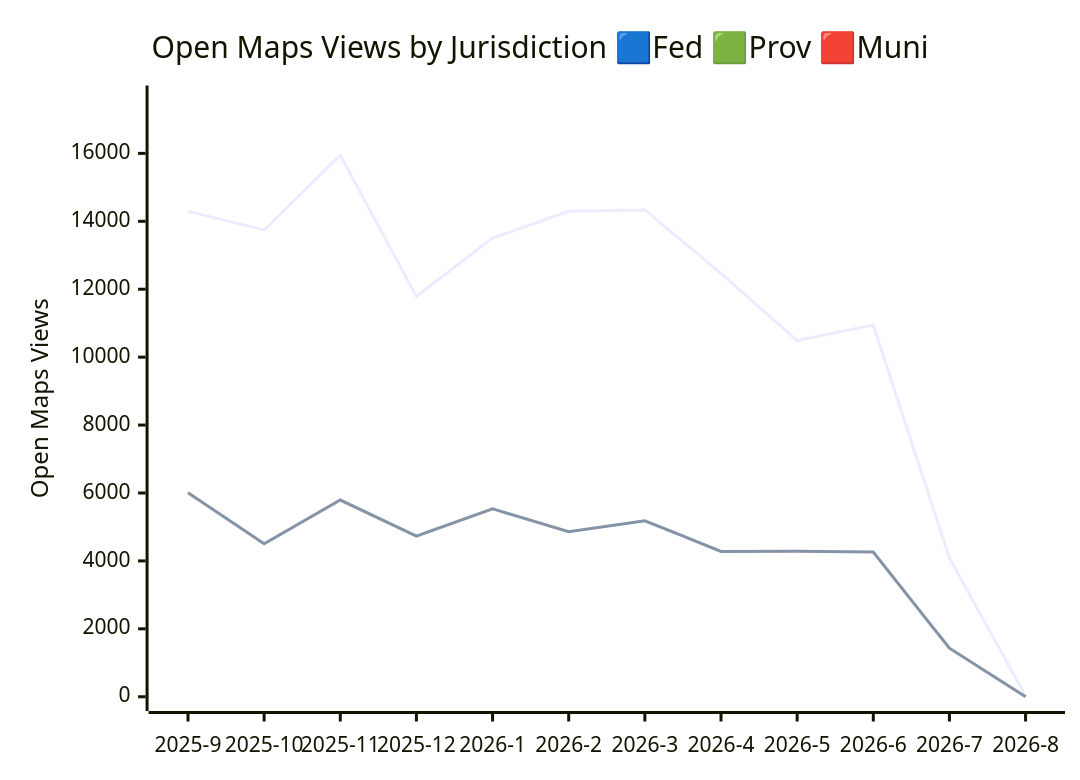
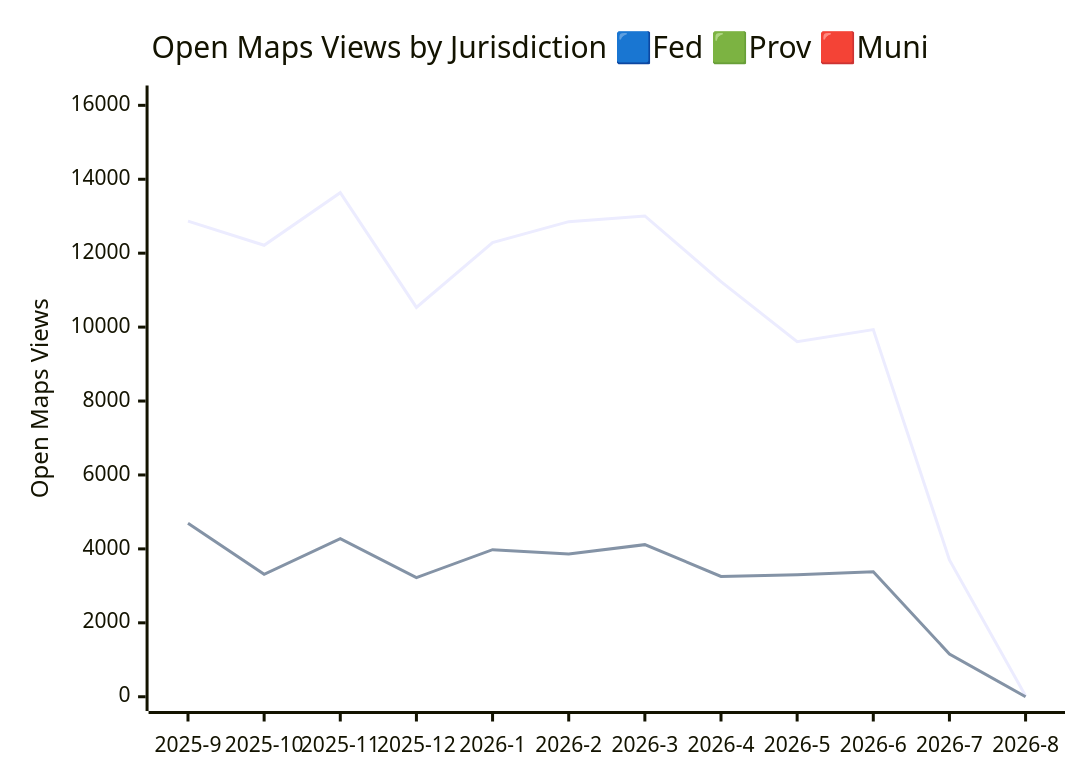
Before and after one commit to open-data/analytics-corporate-reporting: the third of 3 diagrams in JURISDICTION_ANALYTICS_REPORT/readme.md, drawn with Mermaid. The commit also changed other lines of this file and 3 other files, not shown here.

````diff
--- a/JURISDICTION_ANALYTICS_REPORT/readme.md
+++ b/JURISDICTION_ANALYTICS_REPORT/readme.md
@@ -39,9 +39,9 @@
 ```mermaid
 
 xychart-beta
     title "Open Maps Views by Jurisdiction 🟦Fed 🟩Prov 🟥Muni"
     x-axis [2025-9, 2025-10, 2025-11, 2025-12, 2026-1, 2026-2, 2026-3, 2026-4, 2026-5, 2026-6, 2026-7, 2026-8]
-    y-axis "Open Maps Views" 0 --> 17579
-    line [14291, 13745, 15947, 11789, 13507, 14296, 14336, 12467, 10488, 10948, 4083, 23]
-    line [6004, 4507, 5792, 4730, 5535, 4857, 5181, 4280, 4286, 4262, 1429, 1]
+    y-axis "Open Maps Views" 0 --> 16151
+    line [12866, 12214, 13636, 10532, 12285, 12853, 13007, 11232, 9604, 9933, 3703, 23]
+    line [4697, 3314, 4279, 3224, 3978, 3860, 4115, 3255, 3298, 3383, 1156, 0]
 ```
````
